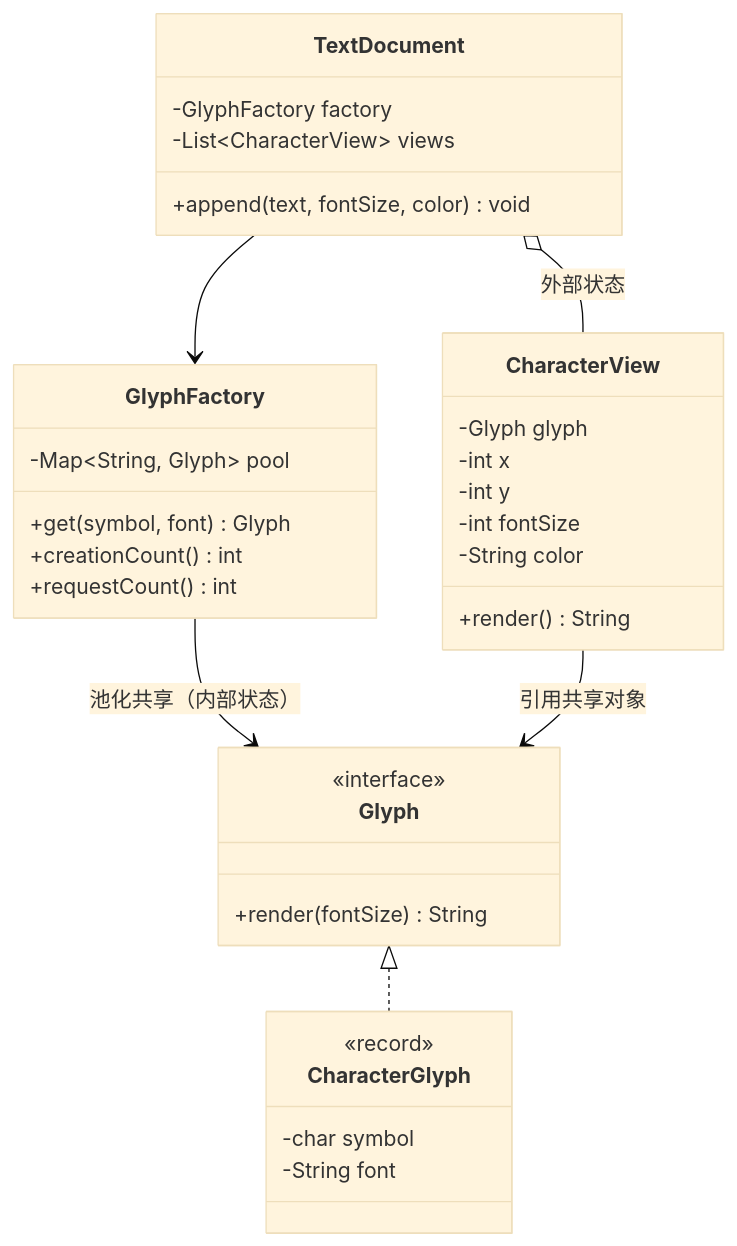
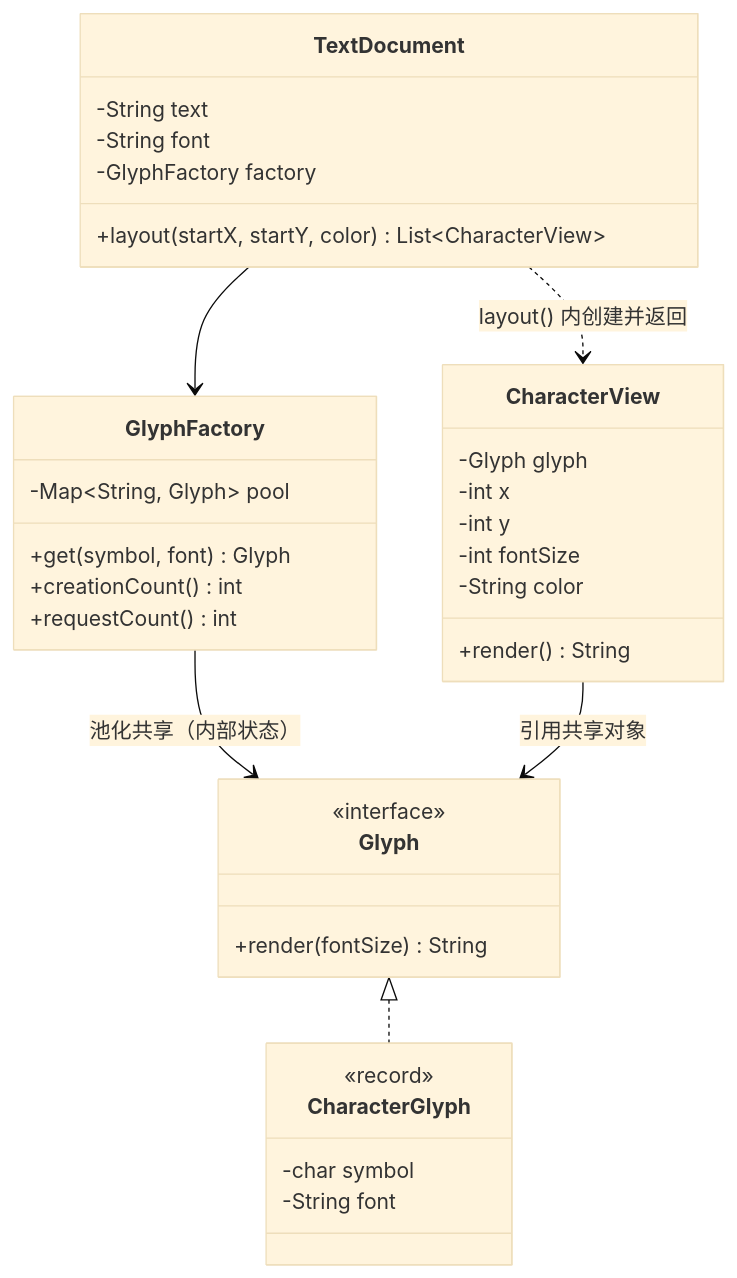
One commit to hglgh/design_patterns_pro changed diagram 11 of 27 in docs/10-uml-atlas.md. Above: the diagram before and after it, drawn with Mermaid (base theme). The commit also changed other lines of this file and 16 other files, not shown here.

````diff
--- a/docs/10-uml-atlas.md
+++ b/docs/10-uml-atlas.md
@@ -451,36 +471,37 @@
 ```mermaid
 classDiagram
     class Glyph {
         <<interface>>
         +render(fontSize) String
     }
     class CharacterGlyph {
         <<record>>
         -char symbol
         -String font
     }
     class GlyphFactory {
         -Map~String, Glyph~ pool
         +get(symbol, font) Glyph
         +creationCount() int
         +requestCount() int
     }
     class CharacterView {
         -Glyph glyph
         -int x
         -int y
         -int fontSize
         -String color
         +render() String
     }
     class TextDocument {
+        -String text
+        -String font
         -GlyphFactory factory
-        -List~CharacterView~ views
-        +append(text, fontSize, color) void
+        +layout(startX, startY, color) List~CharacterView~
     }
     Glyph <|.. CharacterGlyph
     GlyphFactory --> Glyph : 池化共享（内部状态）
     CharacterView --> Glyph : 引用共享对象
     TextDocument --> GlyphFactory
-    TextDocument o-- CharacterView : 外部状态
+    TextDocument ..> CharacterView : layout() 内创建并返回
 ```
````
